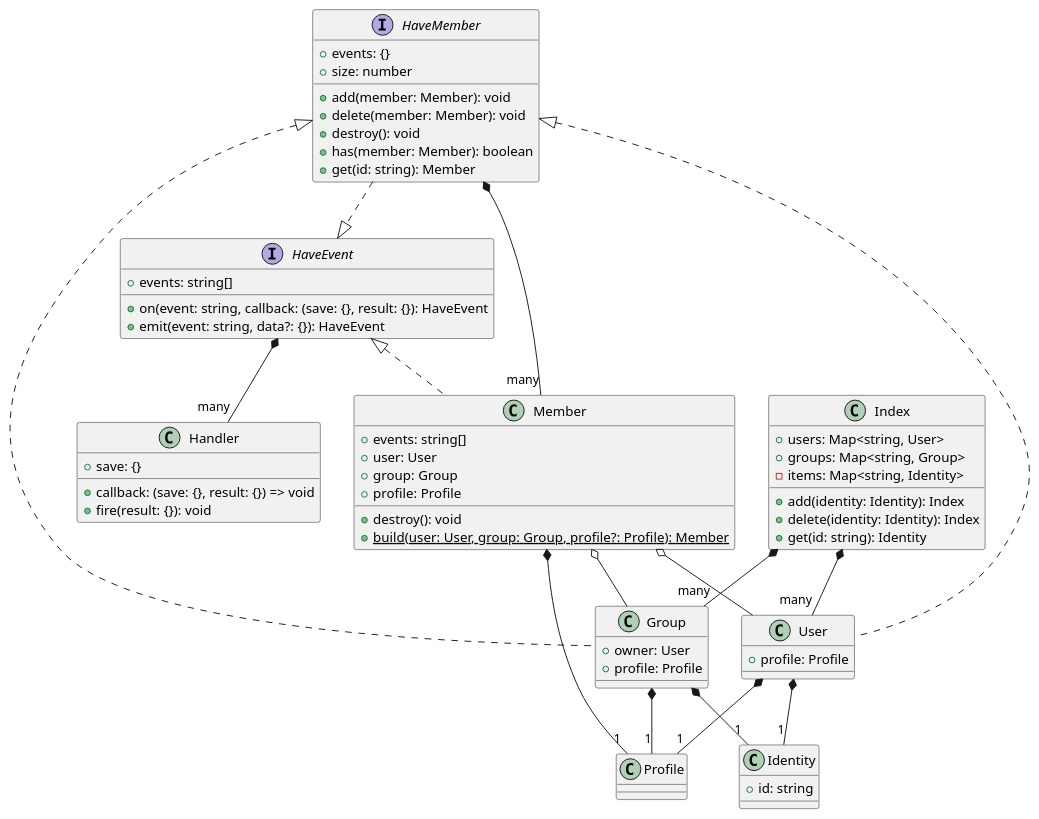
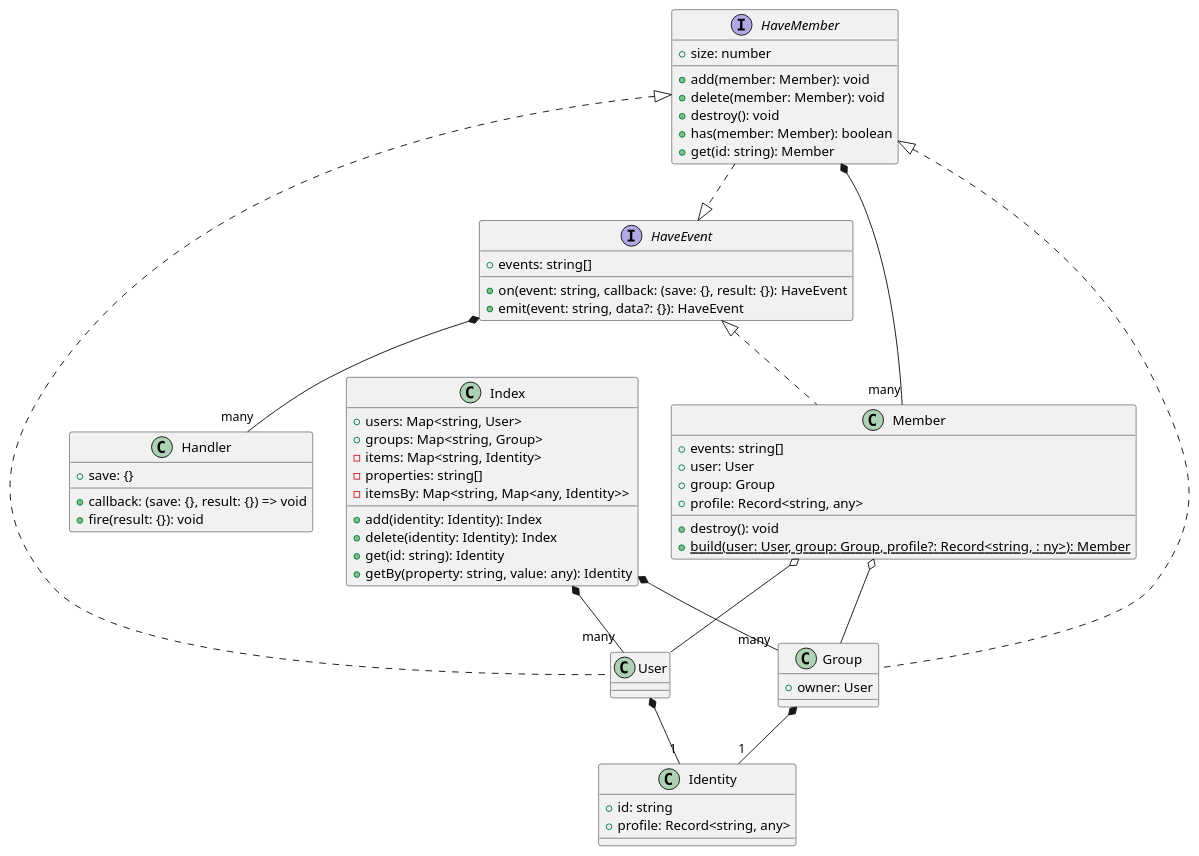
The diagram in docs/index.puml (Eldynn/index), drawn with PlantUML before and after one commit. The commit also changed 22 other files, not shown here.

```diff
--- a/docs/index.puml
+++ b/docs/index.puml
@@ -1,63 +1,59 @@
 @startuml
 class Handler {
     +save: {}
     +callback: (save: {}, result: {}) => void
     +fire(result: {}): void
 }
 
 interface HaveEvent {
     +events: string[]
     +on(event: string, callback: (save: {}, result: {}): HaveEvent
     +emit(event: string, data?: {}): HaveEvent
 }
-class Profile {
-}
 class Identity {
     +id: string
+    +profile: Record<string, any>
 }
 class User implements HaveMember {
-    +profile: Profile
 }
 class Member implements HaveEvent {
     +events: string[]
     +user: User
     +group: Group
-    +profile: Profile
+    +profile: Record<string, any>
     +destroy(): void
-    +{static} build(user: User, group: Group, profile?: Profile): Member
+    +{static} build(user: User, group: Group, profile?: Record<string, : ny>): Member
 }
 interface HaveMember {
-    +events: {}
     +size: number
     +add(member: Member): void
     +delete(member: Member): void
     +destroy(): void
     +has(member: Member): boolean
     +get(id: string): Member
 }
 class Group implements HaveMember {
     +owner: User
-    +profile: Profile
 }
 class Index {
     +users: Map<string, User>
     +groups: Map<string, Group>
     -items: Map<string, Identity>
+    -properties: string[]
+    -itemsBy: Map<string, Map<any, Identity>>
     +add(identity: Identity): Index
     +delete(identity: Identity): Index
     +get(id: string): Identity
+    +getBy(property: string, value: any): Identity
 }
 
-User *-- "1" Profile
 User *-- "1" Identity
-Group *-- "1" Profile
 Group *-- "1" Identity
 HaveMember *-- "many" Member
 HaveMember ..|> HaveEvent
-Member *-- "1" Profile
 Member o-- Group
 Member o-- User
 Index *-- "many" User
 Index *-- "many" Group
 HaveEvent *-- "many" Handler
 @enduml
```
